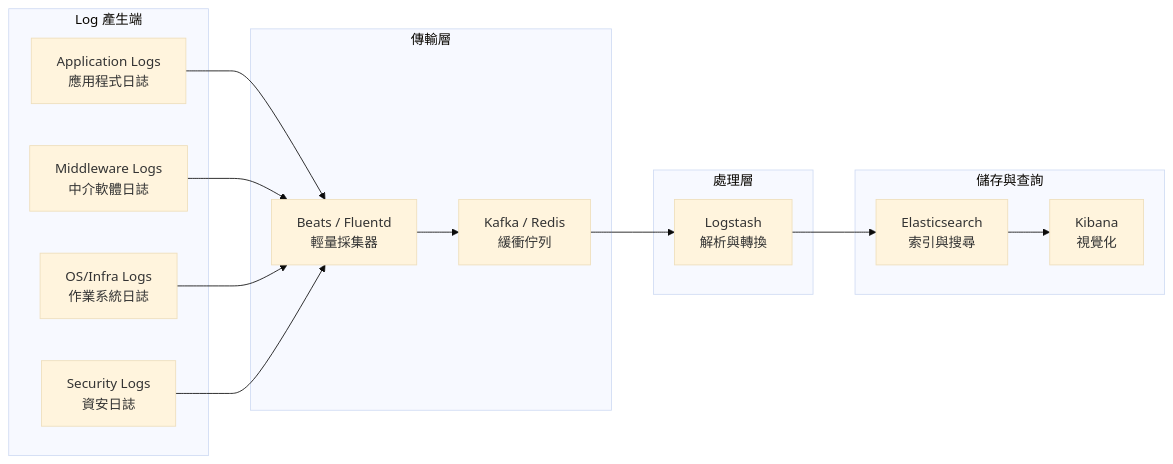
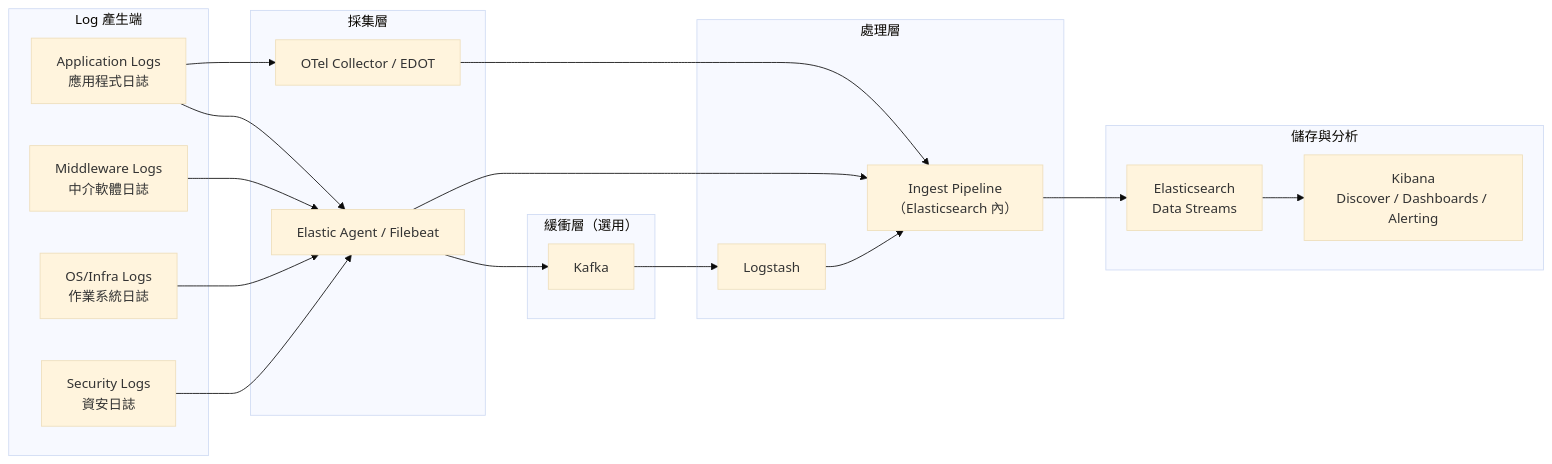
The third of 19 diagrams in content/posts/教學/工具/Logs Visualization教學手冊.md (chihhung/Blog), drawn with Mermaid (base theme) before and after one commit. The commit also changed other lines of this file and 8 other files, not shown here.

````diff
--- a/content/posts/教學/工具/Logs Visualization教學手冊.md
+++ b/content/posts/教學/工具/Logs Visualization教學手冊.md
@@ -228,32 +428,41 @@
 ```mermaid
 graph LR
     subgraph "Log 產生端"
         A[Application Logs<br/>應用程式日誌]
         M[Middleware Logs<br/>中介軟體日誌]
         O[OS/Infra Logs<br/>作業系統日誌]
         S[Security Logs<br/>資安日誌]
     end
-    
-    subgraph "傳輸層"
-        B[Beats / Fluentd<br/>輕量採集器]
-        K[Kafka / Redis<br/>緩衝佇列]
+
+    subgraph "採集層"
+        EA[Elastic Agent / Filebeat]
+        OT[OTel Collector / EDOT]
     end
-    
+
+    subgraph "緩衝層（選用）"
+        K[Kafka]
+    end
+
     subgraph "處理層"
-        L[Logstash<br/>解析與轉換]
+        L[Logstash]
+        IP[Ingest Pipeline<br/>（Elasticsearch 內）]
     end
-    
-    subgraph "儲存與查詢"
-        E[Elasticsearch<br/>索引與搜尋]
-        KB[Kibana<br/>視覺化]
+
+    subgraph "儲存與分析"
+        E[Elasticsearch<br/>Data Streams]
+        KB[Kibana<br/>Discover / Dashboards / Alerting]
     end
-    
-    A --> B
-    M --> B
-    O --> B
-    S --> B
-    B --> K
+
+    A --> EA
+    A --> OT
+    M --> EA
+    O --> EA
+    S --> EA
+    EA --> K
+    EA --> IP
+    OT --> IP
     K --> L
-    L --> E
+    L --> IP
+    IP --> E
     E --> KB
 ```
````
